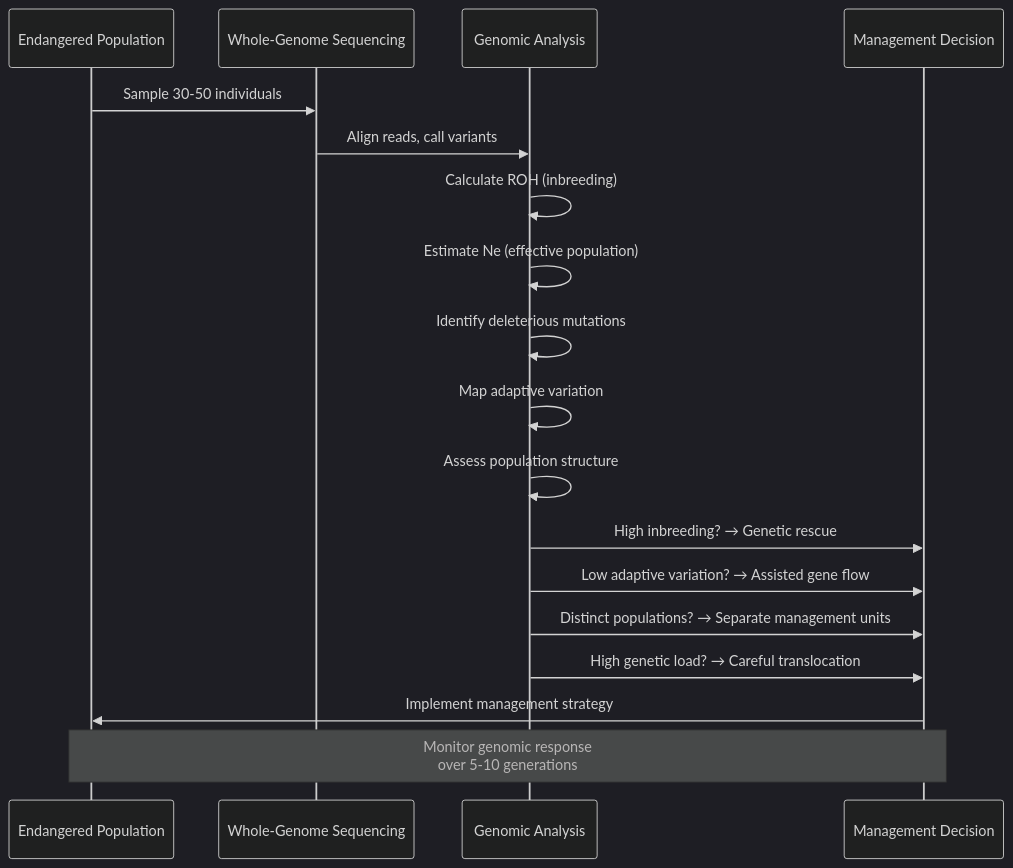
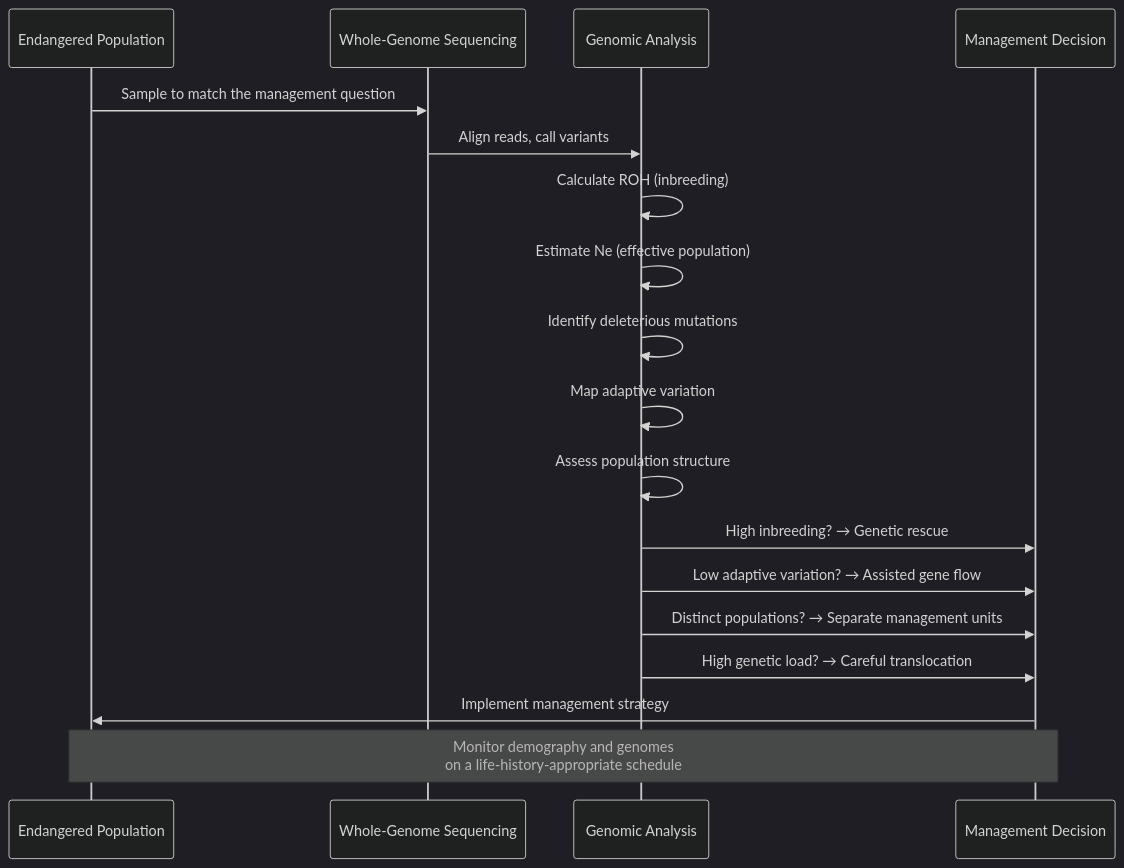
One commit to docxology/biology_textbook changed the fourth of 6 diagrams in docs/manuscript/unit_X/biomes_and_conservation.md. Above: the diagram before and after it, drawn with Mermaid (dark theme). The commit also changed other lines of this file and 444 other files, not shown here.

````diff
--- a/docs/manuscript/unit_X/biomes_and_conservation.md
+++ b/docs/manuscript/unit_X/biomes_and_conservation.md
@@ -557,24 +523,24 @@
 ```mermaid
 sequenceDiagram
     participant POP as Endangered Population
     participant SEQ as Whole-Genome Sequencing
     participant ANAL as Genomic Analysis
     participant MGMT as Management Decision
 
-    POP->>SEQ: Sample 30-50 individuals
+    POP->>SEQ: Sample to match the management question
     SEQ->>ANAL: Align reads, call variants
 
     ANAL->>ANAL: Calculate ROH (inbreeding)
     ANAL->>ANAL: Estimate Ne (effective population)
     ANAL->>ANAL: Identify deleterious mutations
     ANAL->>ANAL: Map adaptive variation
     ANAL->>ANAL: Assess population structure
 
     ANAL->>MGMT: High inbreeding? → Genetic rescue
     ANAL->>MGMT: Low adaptive variation? → Assisted gene flow
     ANAL->>MGMT: Distinct populations? → Separate management units
     ANAL->>MGMT: High genetic load? → Careful translocation
 
     MGMT->>POP: Implement management strategy
-    Note over MGMT,POP: Monitor genomic response<br/>over 5-10 generations
+    Note over MGMT,POP: Monitor demography and genomes<br/>on a life-history-appropriate schedule
 ```
````
